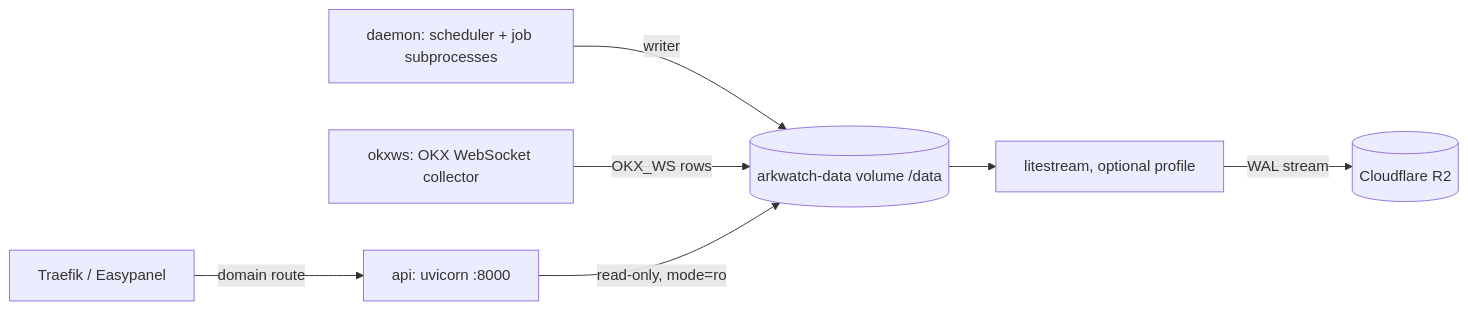
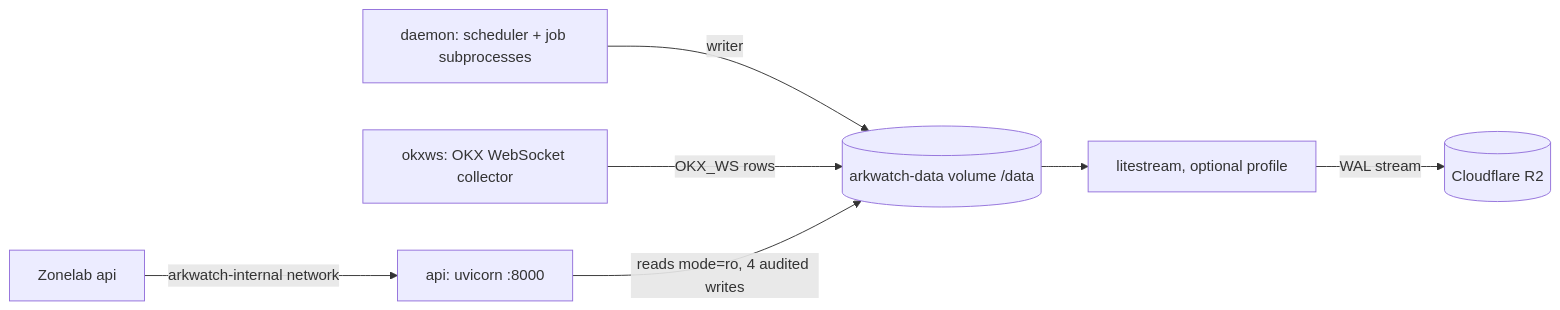
Before and after one commit to GifariKemal/ark-watch: the diagram in README.md, drawn with Mermaid. The commit also changed other lines of this file and 7 other files, not shown here.

````diff
--- a/README.md
+++ b/README.md
@@ -66,9 +67,9 @@
 ```mermaid
 flowchart LR
-  T[Traefik / Easypanel] -->|domain route| A[api: uvicorn :8000]
+  Z[Zonelab api] -->|arkwatch-internal network| A[api: uvicorn :8000]
   D[daemon: scheduler + job subprocesses] -->|writer| V[(arkwatch-data volume /data)]
   O[okxws: OKX WebSocket collector] -->|OKX_WS rows| V
-  A -->|read-only, mode=ro| V
+  A -->|reads mode=ro, 4 audited writes| V
   L[litestream, optional profile] -->|WAL stream| R[(Cloudflare R2)]
   V --> L
 ```
````
